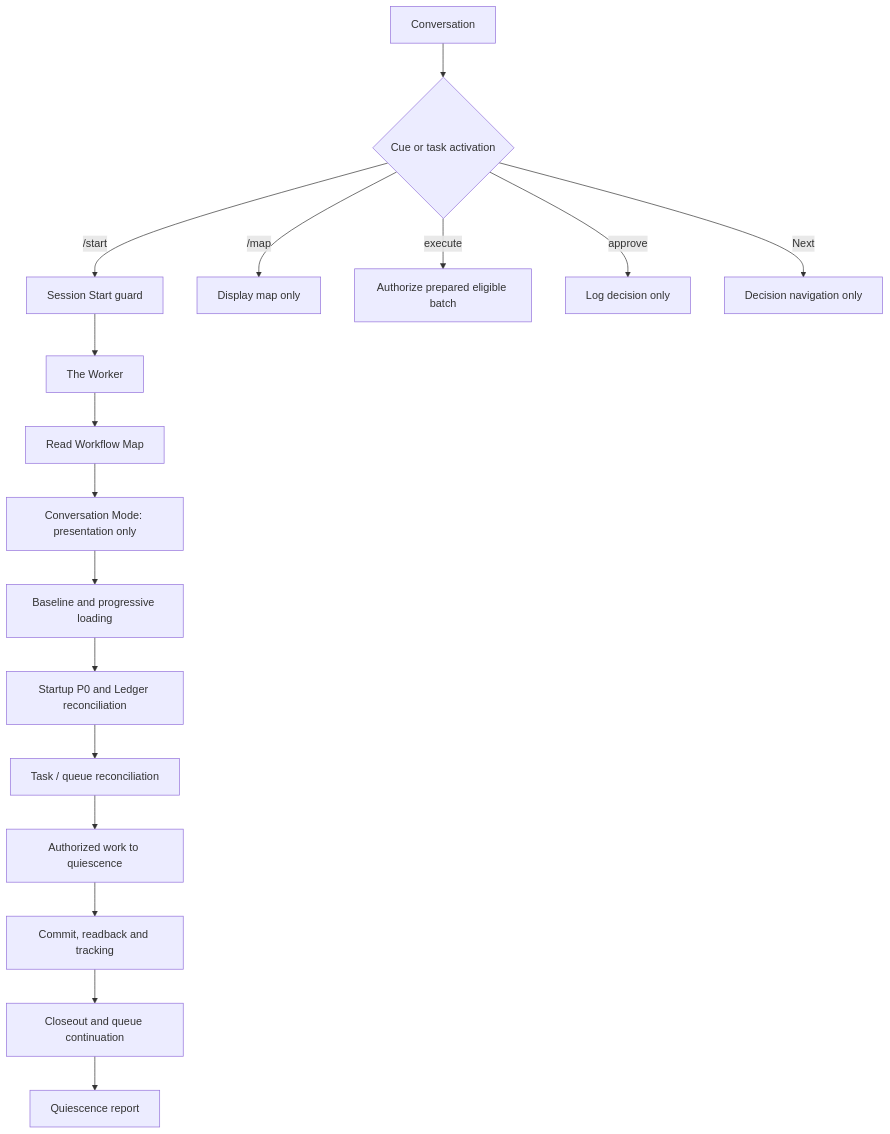
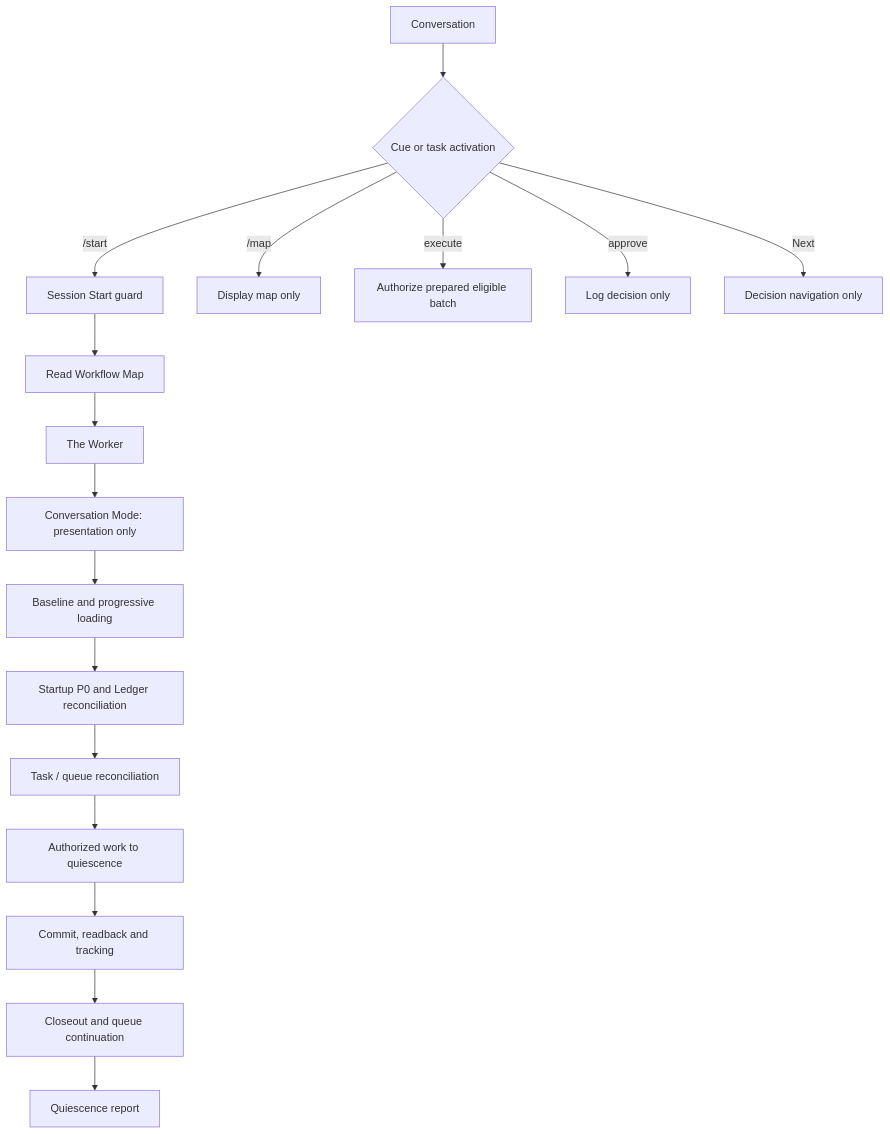
One commit to dungnv2602/chatgpt changed the first of 5 diagrams in .agent/WORKFLOW_MAP.md. Above: the diagram before and after it, drawn with Mermaid.

Commit message:
Correct workflow map startup order
Task-ID: 20261127-173000-71

````diff
--- a/.agent/WORKFLOW_MAP.md
+++ b/.agent/WORKFLOW_MAP.md
@@ -7,9 +7,9 @@
 ```mermaid
 flowchart TD
  A[Conversation] --> B{Cue or task activation}
- B -->|/start| C[Session Start guard] --> D[The Worker] --> E[Read Workflow Map] --> F[Conversation Mode: presentation only] --> G[Baseline and progressive loading] --> H[Startup P0 and Ledger reconciliation] --> I[Task / queue reconciliation] --> J[Authorized work to quiescence] --> K[Commit, readback and tracking] --> L[Closeout and queue continuation] --> M[Quiescence report]
+ B -->|/start| C[Session Start guard] --> D[Read Workflow Map] --> E[The Worker] --> F[Conversation Mode: presentation only] --> G[Baseline and progressive loading] --> H[Startup P0 and Ledger reconciliation] --> I[Task / queue reconciliation] --> J[Authorized work to quiescence] --> K[Commit, readback and tracking] --> L[Closeout and queue continuation] --> M[Quiescence report]
  B -->|/map| N[Display map only]
  B -->|execute| O[Authorize prepared eligible batch]
  B -->|approve| P[Log decision only]
  B -->|Next| Q[Decision navigation only]
 ```
````
